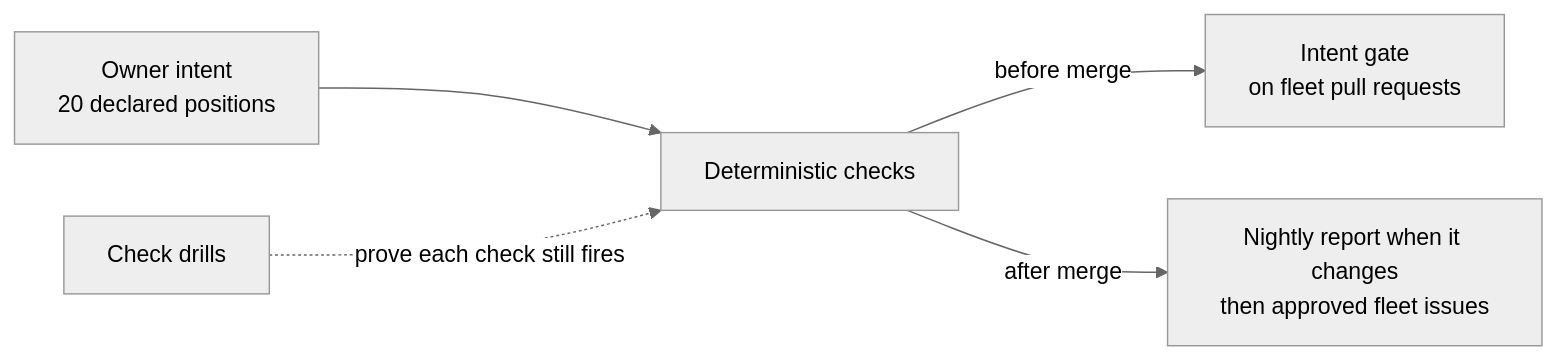
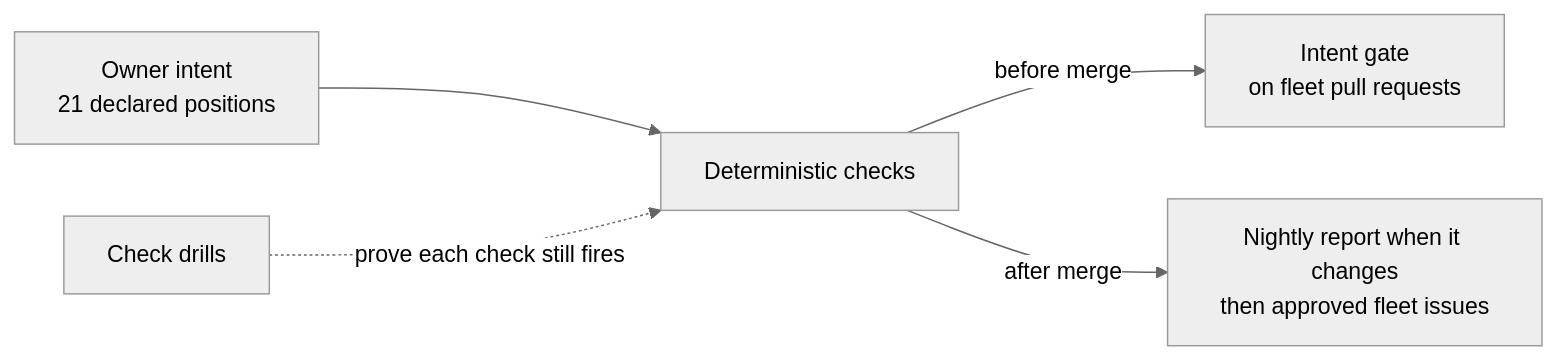
One commit to ImranAdan/infra-fleet-advisor-public changed the diagram in README.md. Above: the diagram before and after it, drawn with Mermaid (neutral theme).

Commit message:
docs: correct declared position count

````diff
--- a/README.md
+++ b/README.md
@@ -14,7 +14,7 @@
 ```mermaid
 flowchart LR
-    Intent["Owner intent<br/>20 declared positions"] --> Checks["Deterministic checks"]
+    Intent["Owner intent<br/>21 declared positions"] --> Checks["Deterministic checks"]
     Checks -->|before merge| Gate["Intent gate<br/>on fleet pull requests"]
     Checks -->|after merge| Report["Nightly report when it changes<br/>then approved fleet issues"]
     Drills["Check drills"] -.->|prove each check still fires| Checks
 ```
````
